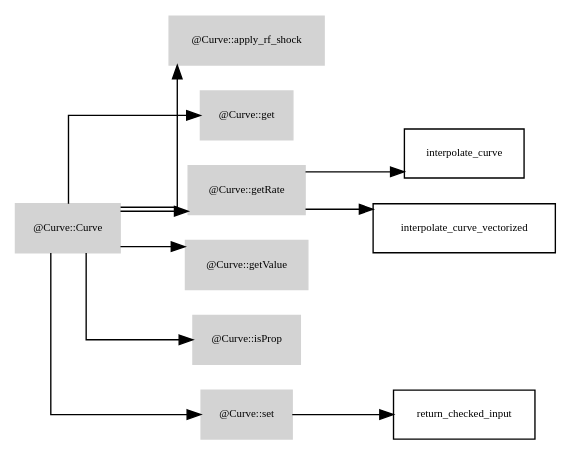
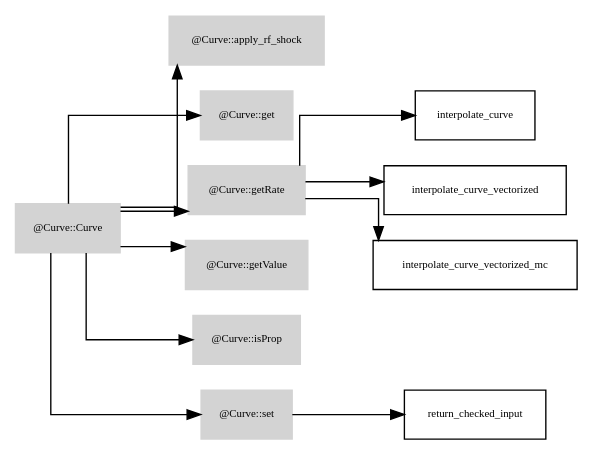
The diagram in Curve.dot (octarisk/documentation), drawn with Graphviz before and after one commit. The commit also changed 12 other files, not shown here.

```diff
--- a/Curve.dot
+++ b/Curve.dot
@@ -1,29 +1,30 @@
 digraph G {
 	fontname = "Bitstream Vera Sans"
 	fontsize = 8
 	node [
 		fontname = "Bitstream Vera Sans"
 		fontsize = 8
 		shape = "record"
 	]
 	edge [
 		fontname = "Bitstream Vera Sans"
 		fontsize = 8
 	]
 	graph [splines=ortho];
 	rankdir=LR;
 	subgraph class_Curve {
 		style=filled;
 		node [style=filled,color=lightgrey];
 		"@Curve::Curve" -> "@Curve::apply_rf_shock"
 		"@Curve::Curve" -> "@Curve::get"
 		"@Curve::Curve" -> "@Curve::getRate"
 		"@Curve::Curve" -> "@Curve::getValue"
 		"@Curve::Curve" -> "@Curve::isProp"
 		"@Curve::Curve" -> "@Curve::set"
 		label = "@Curve";
 	}
 "@Curve::getRate" 	 -> 	 "interpolate_curve"
 "@Curve::getRate" 	 -> 	 "interpolate_curve_vectorized"
+"@Curve::getRate" 	 -> 	 "interpolate_curve_vectorized_mc"
 "@Curve::set" 	 -> 	 "return_checked_input"
 }
```
